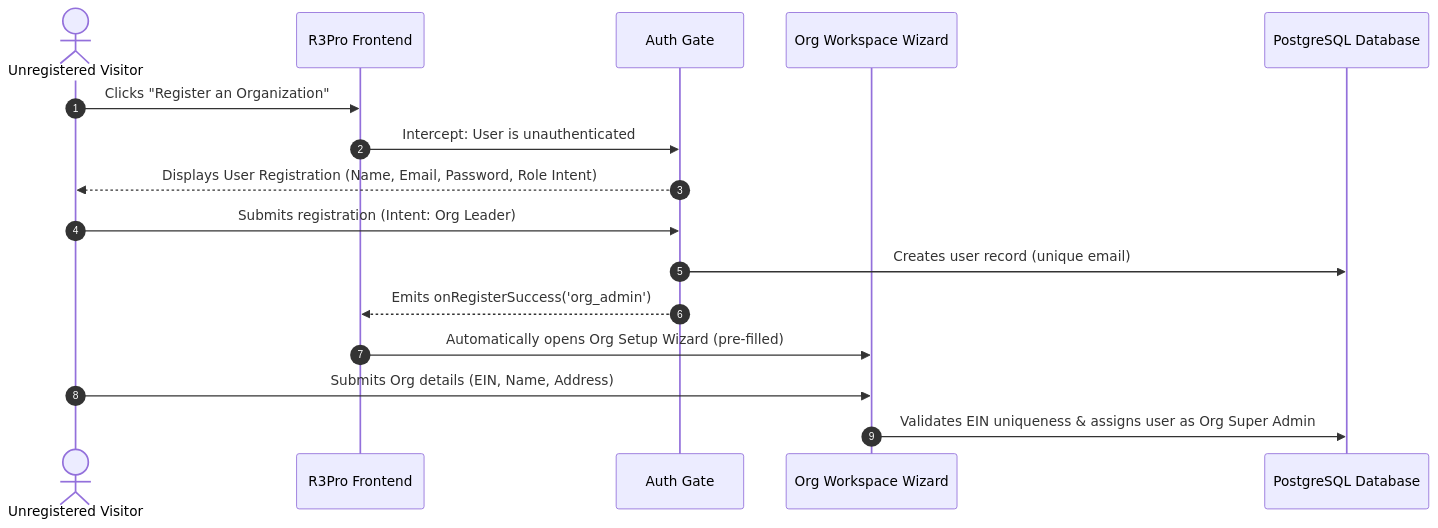
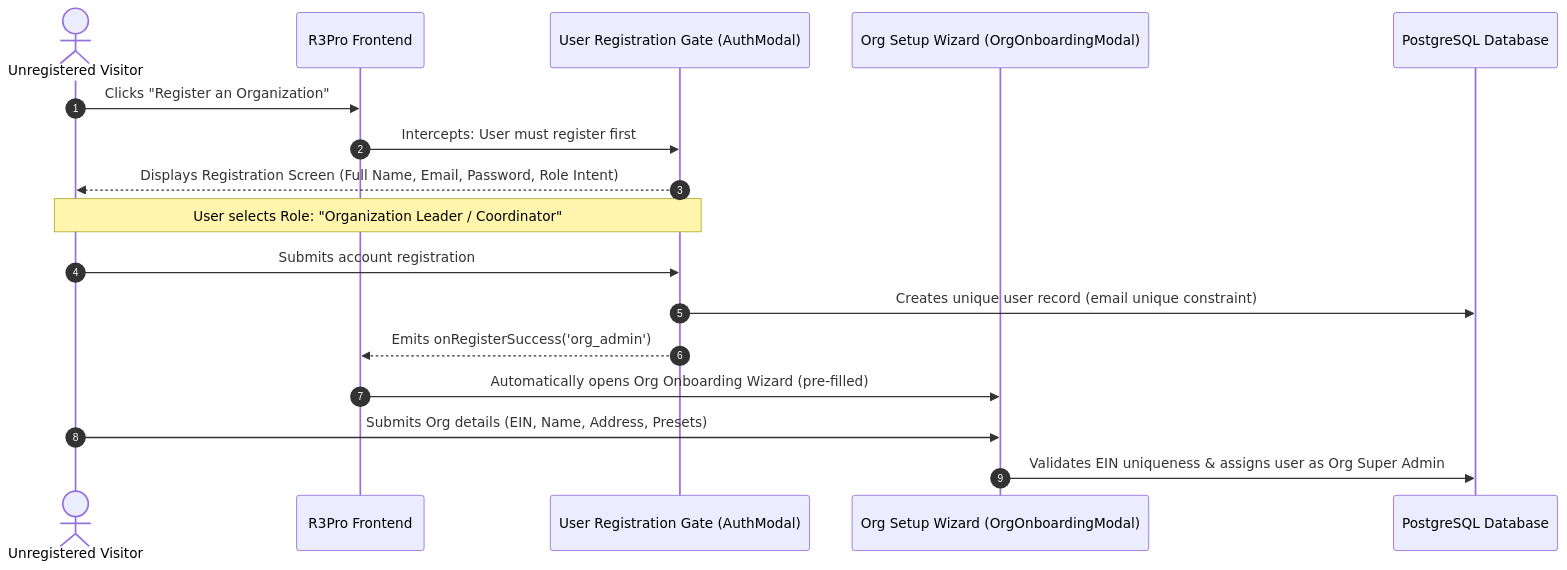
One commit to patchenu/R3Pro changed the second of 3 diagrams in docs/SYSTEM_SPECIFICATIONS.md. Above: the diagram before and after it, drawn with Mermaid. The commit also changed other lines of this file, not shown here.

````diff
--- a/docs/SYSTEM_SPECIFICATIONS.md
+++ b/docs/SYSTEM_SPECIFICATIONS.md
@@ -55,19 +66,20 @@
 ```mermaid
 sequenceDiagram
     autonumber
     actor Visitor as Unregistered Visitor
     participant App as R3Pro Frontend
-    participant Auth as Auth Gate
-    participant OrgModal as Org Workspace Wizard
+    participant Auth as User Registration Gate (AuthModal)
+    participant OrgModal as Org Setup Wizard (OrgOnboardingModal)
     participant DB as PostgreSQL Database
 
     Visitor->>App: Clicks "Register an Organization"
-    App->>Auth: Intercept: User is unauthenticated
-    Auth-->>Visitor: Displays User Registration (Name, Email, Password, Role Intent)
-    Visitor->>Auth: Submits registration (Intent: Org Leader)
-    Auth->>DB: Creates user record (unique email)
+    App->>Auth: Intercepts: User must register first
+    Auth-->>Visitor: Displays Registration Screen (Full Name, Email, Password, Role Intent)
+    Note over Visitor,Auth: User selects Role: "Organization Leader / Coordinator"
+    Visitor->>Auth: Submits account registration
+    Auth->>DB: Creates unique user record (email unique constraint)
     Auth-->>App: Emits onRegisterSuccess('org_admin')
-    App->>OrgModal: Automatically opens Org Setup Wizard (pre-filled)
-    Visitor->>OrgModal: Submits Org details (EIN, Name, Address)
+    App->>OrgModal: Automatically opens Org Onboarding Wizard (pre-filled)
+    Visitor->>OrgModal: Submits Org details (EIN, Name, Address, Presets)
     OrgModal->>DB: Validates EIN uniqueness & assigns user as Org Super Admin
 ```
````
